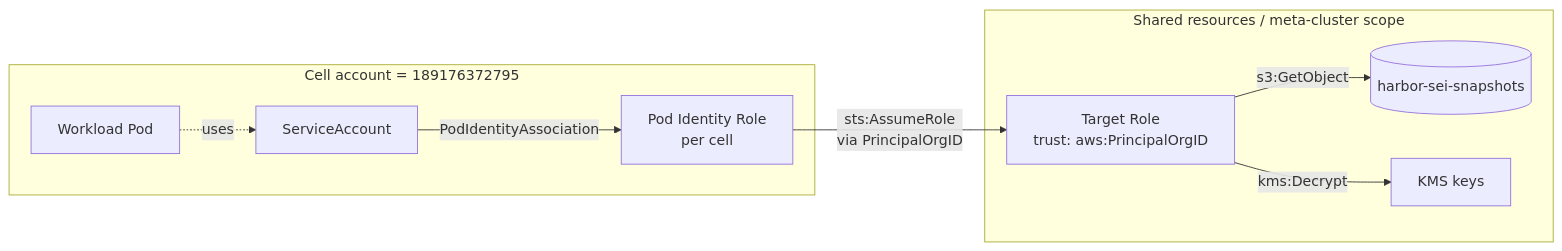
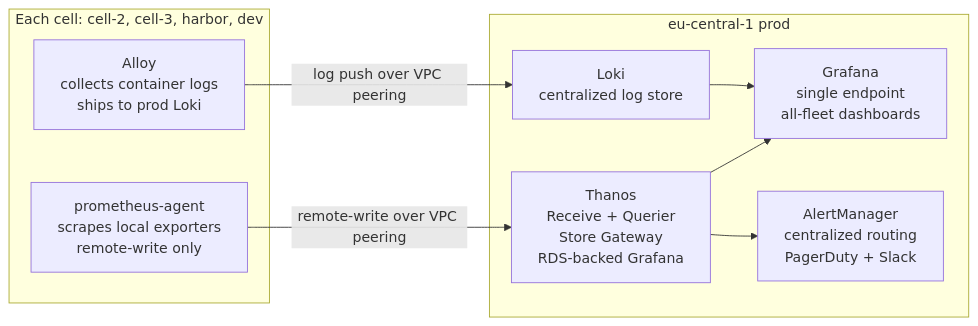
One commit to sei-protocol/sei-internal-skills changed the second of 4 diagrams in design/high-level/meta-cluster-architecture.md. Above: the diagram before and after it, drawn with Mermaid. The commit also changed other lines of this file, not shown here.

````diff
--- a/design/high-level/meta-cluster-architecture.md
+++ b/design/high-level/meta-cluster-architecture.md
@@ -199,20 +183,20 @@
 ```mermaid
 graph LR
-    subgraph CellAccount[Cell account = 189176372795]
-        PIRole[Pod Identity Role<br/>per cell]
-        Pod[Workload Pod]
-        SA[ServiceAccount]
+    subgraph Cell[Each cell: cell-2, cell-3, harbor, dev]
+        PA[prometheus-agent<br/>scrapes local exporters<br/>remote-write only]
+        Alloy[Alloy<br/>collects container logs<br/>ships to prod Loki]
     end
 
-    subgraph Shared[Shared resources / meta-cluster scope]
-        TargetRole[Target Role<br/>trust: aws:PrincipalOrgID]
-        Snapshot[(harbor-sei-snapshots)]
-        KMS[KMS keys]
+    subgraph Prod[eu-central-1 prod]
+        Thanos[Thanos<br/>Receive + Querier<br/>Store Gateway<br/>RDS-backed Grafana]
+        Loki[Loki<br/>centralized log store]
+        Grafana[Grafana<br/>single endpoint<br/>all-fleet dashboards]
+        AM[AlertManager<br/>centralized routing<br/>PagerDuty + Slack]
     end
 
-    SA -->|PodIdentityAssociation| PIRole
-    Pod -.uses.-> SA
-    PIRole -->|sts:AssumeRole<br/>via PrincipalOrgID| TargetRole
-    TargetRole -->|s3:GetObject| Snapshot
-    TargetRole -->|kms:Decrypt| KMS
+    PA -->|remote-write over VPC peering| Thanos
+    Alloy -->|log push over VPC peering| Loki
+    Thanos --> Grafana
+    Loki --> Grafana
+    Thanos --> AM
 ```
````
